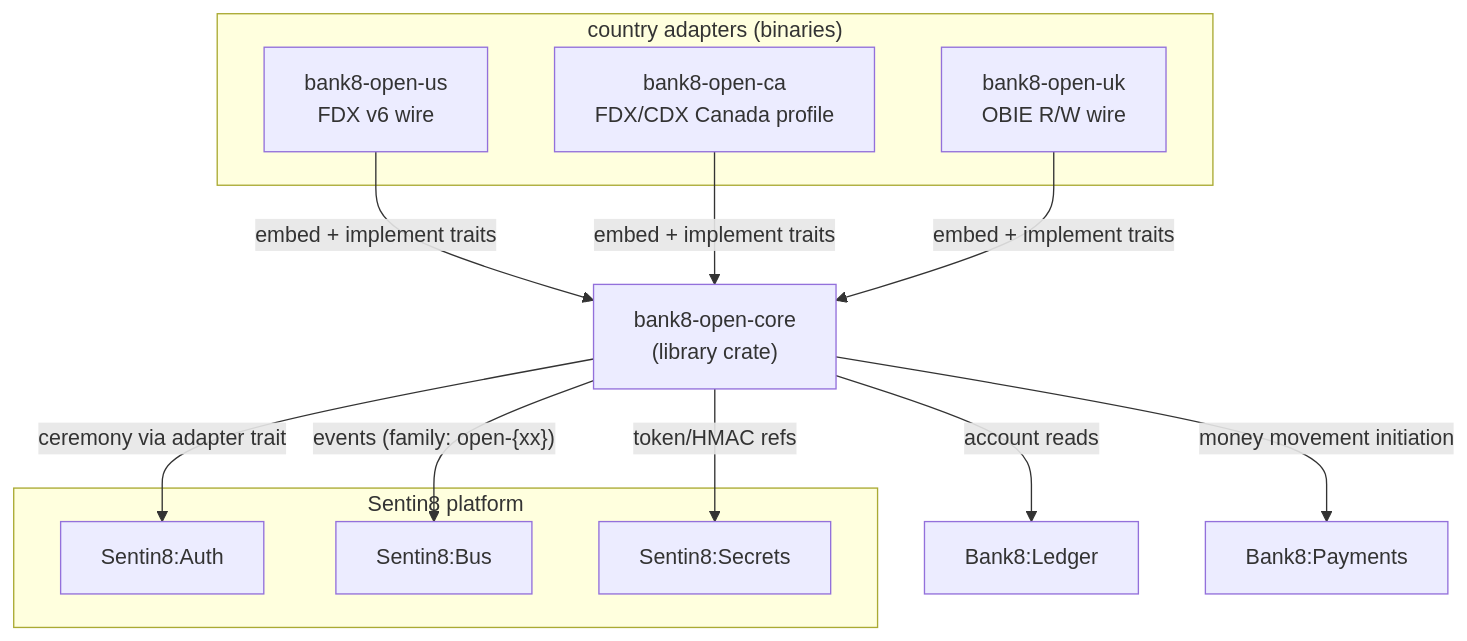
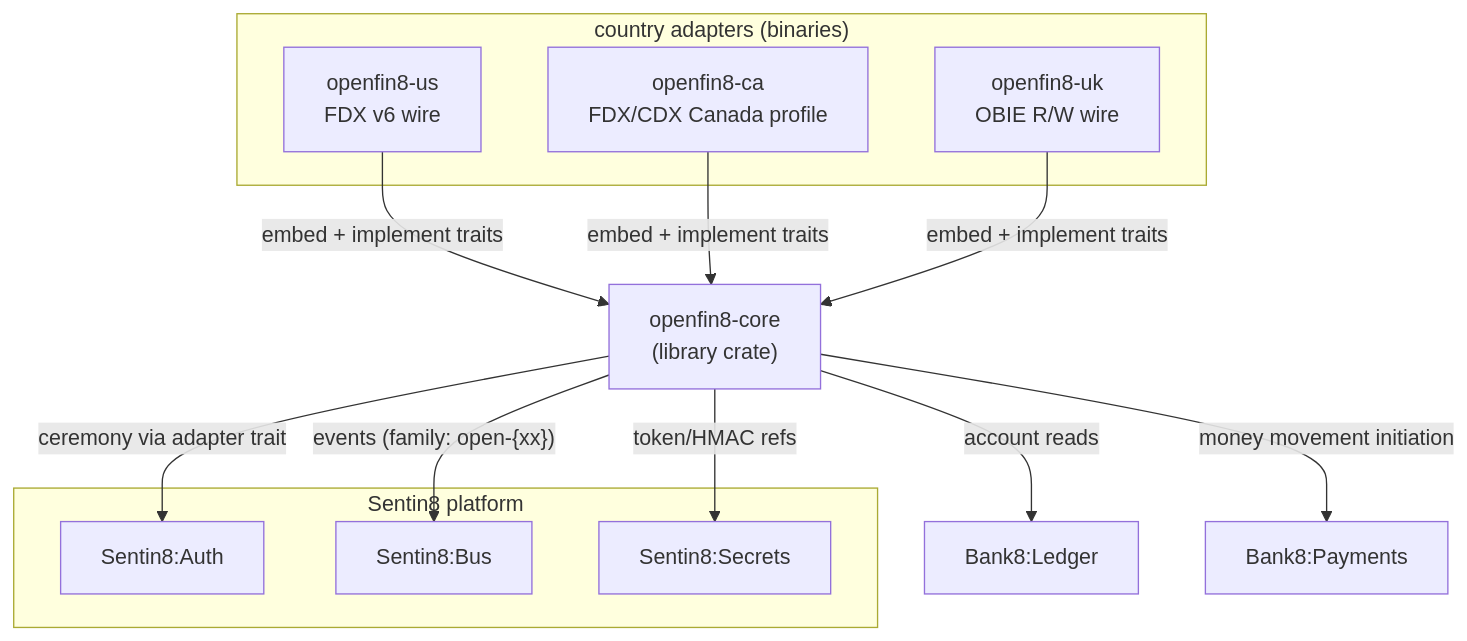
Before and after one commit to OpenFin8/openfin8-core: the diagram in README.md, drawn with Mermaid. The commit also changed other lines of this file and 37 other files, not shown here.

````diff
--- a/README.md
+++ b/README.md
@@ -45,22 +45,22 @@
 ```mermaid
 graph TD
     subgraph adapters["country adapters (binaries)"]
-        US["bank8-open-us<br/>FDX v6 wire"]
-        CA["bank8-open-ca<br/>FDX/CDX Canada profile"]
-        UK["bank8-open-uk<br/>OBIE R/W wire"]
+        US["openfin8-us<br/>FDX v6 wire"]
+        CA["openfin8-ca<br/>FDX/CDX Canada profile"]
+        UK["openfin8-uk<br/>OBIE R/W wire"]
     end
-    CORE["bank8-open-core<br/>(library crate)"]
+    CORE["openfin8-core<br/>(library crate)"]
     subgraph platform["Sentin8 platform"]
         AUTH["Sentin8:Auth"]
         BUS["Sentin8:Bus"]
         SECRETS["Sentin8:Secrets"]
     end
     LEDGER["Bank8:Ledger"]
     PAY["Bank8:Payments"]
     US & CA & UK -->|"embed + implement traits"| CORE
     CORE -->|"ceremony via adapter trait"| AUTH
     CORE -->|"events (family: open-{xx})"| BUS
     CORE -->|"token/HMAC refs"| SECRETS
     CORE -->|"account reads"| LEDGER
     CORE -->|"money movement initiation"| PAY
 ```
````
